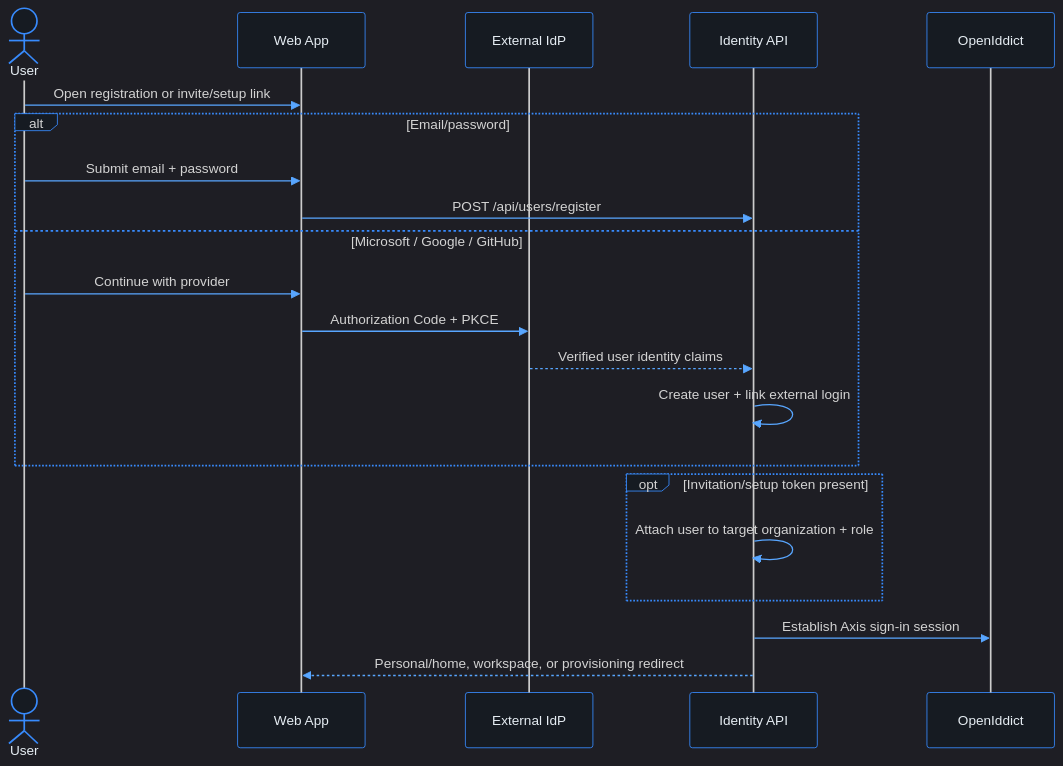
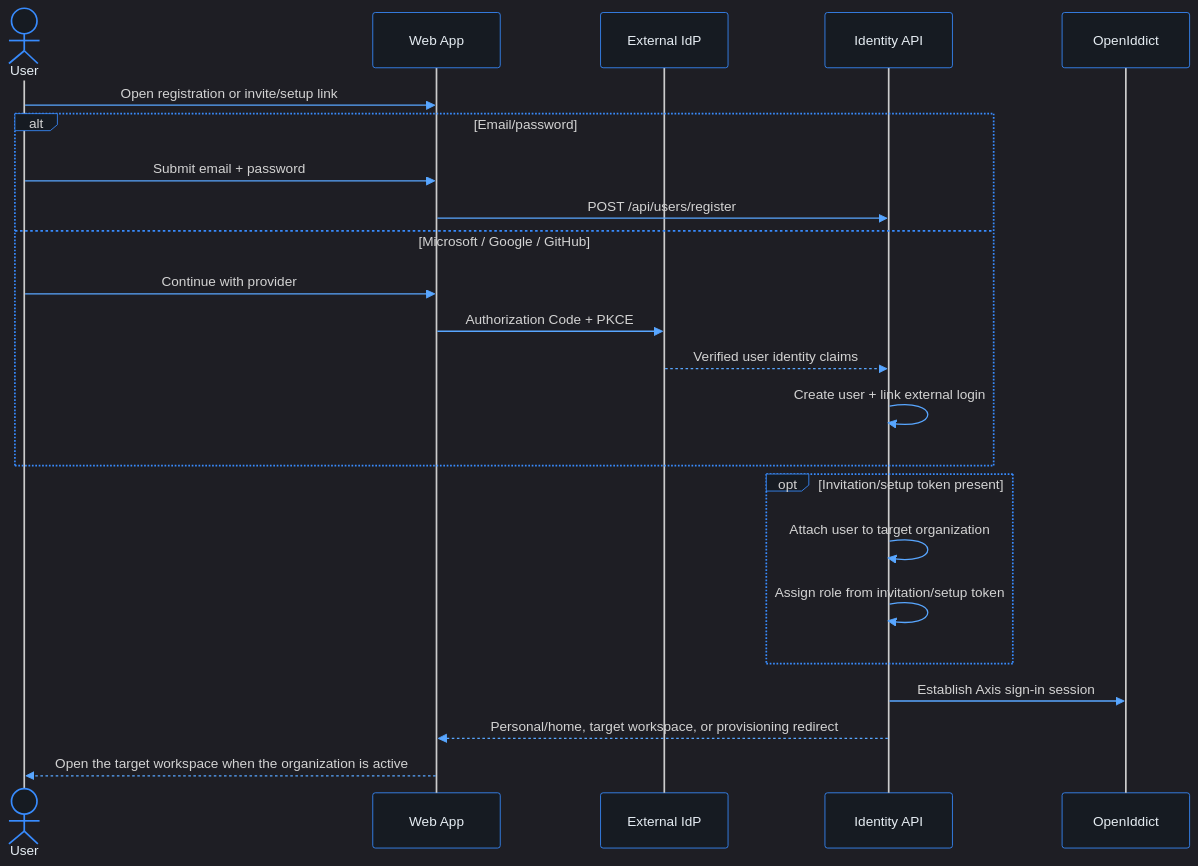
The diagram in docs/use-cases/identity-access/register-user/README.md (phuongnse/axis), drawn with Mermaid before and after one commit. The commit also changed 12 other files, not shown here.

````diff
--- a/docs/use-cases/identity-access/register-user/README.md
+++ b/docs/use-cases/identity-access/register-user/README.md
@@ -104,25 +90,27 @@
 ```mermaid
 %%{init: {'theme':'dark','themeVariables':{'background':'#0d1117','mainBkg':'#0d1117','primaryColor':'#161b22','primaryBorderColor':'#388bfd','primaryTextColor':'#e6edf3','secondaryColor':'#21262d','secondaryBorderColor':'#388bfd','secondaryTextColor':'#e6edf3','tertiaryColor':'#161b22','tertiaryTextColor':'#e6edf3','lineColor':'#58a6ff','textColor':'#e6edf3','nodeBorder':'#388bfd','clusterBkg':'#161b22','clusterBorder':'#388bfd','titleColor':'#e6edf3','edgeLabelBackground':'#161b22','actorBkg':'#161b22','actorBorder':'#388bfd','actorTextColor':'#e6edf3','signalColor':'#58a6ff','labelBoxBkgColor':'#161b22','labelBoxBorderColor':'#388bfd','noteBkgColor':'#161b22','noteBorderColor':'#388bfd','noteTextColor':'#c9d1d9','activationBkgColor':'#30363d'}}}%%
 sequenceDiagram
   actor User
   participant Web as Web App
   participant IdP as External IdP
   participant API as Identity API
   participant OIDC as OpenIddict
 
   User->>Web: Open registration or invite/setup link
   alt Email/password
     User->>Web: Submit email + password
     Web->>API: POST /api/users/register
   else Microsoft / Google / GitHub
     User->>Web: Continue with provider
     Web->>IdP: Authorization Code + PKCE
     IdP-->>API: Verified user identity claims
     API->>API: Create user + link external login
   end
   opt Invitation/setup token present
-    API->>API: Attach user to target organization + role
+    API->>API: Attach user to target organization
+    API->>API: Assign role from invitation/setup token
   end
   API->>OIDC: Establish Axis sign-in session
-  API-->>Web: Personal/home, workspace, or provisioning redirect
+  API-->>Web: Personal/home, target workspace, or provisioning redirect
+  Web-->>User: Open the target workspace when the organization is active
 ```
````
